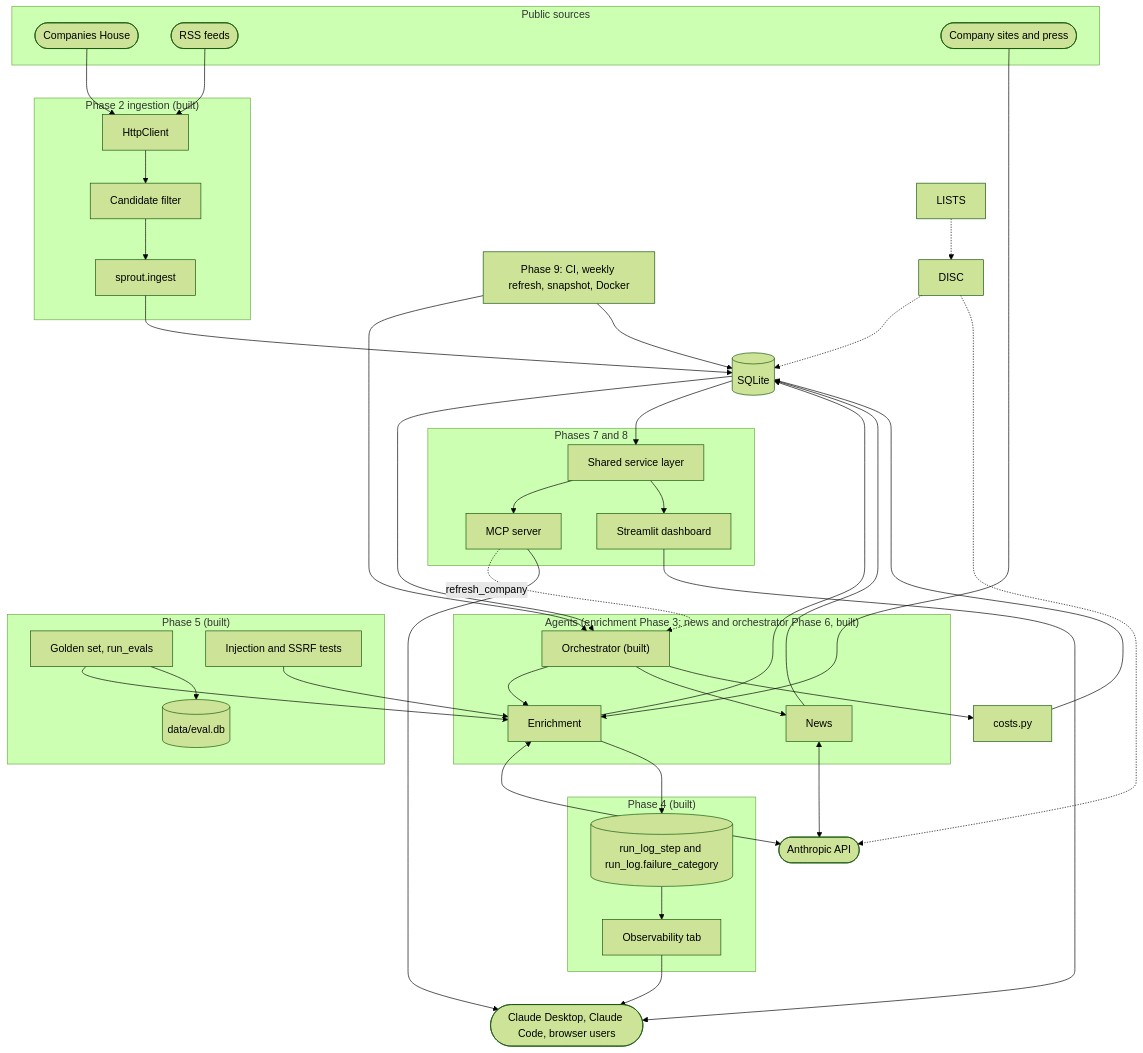
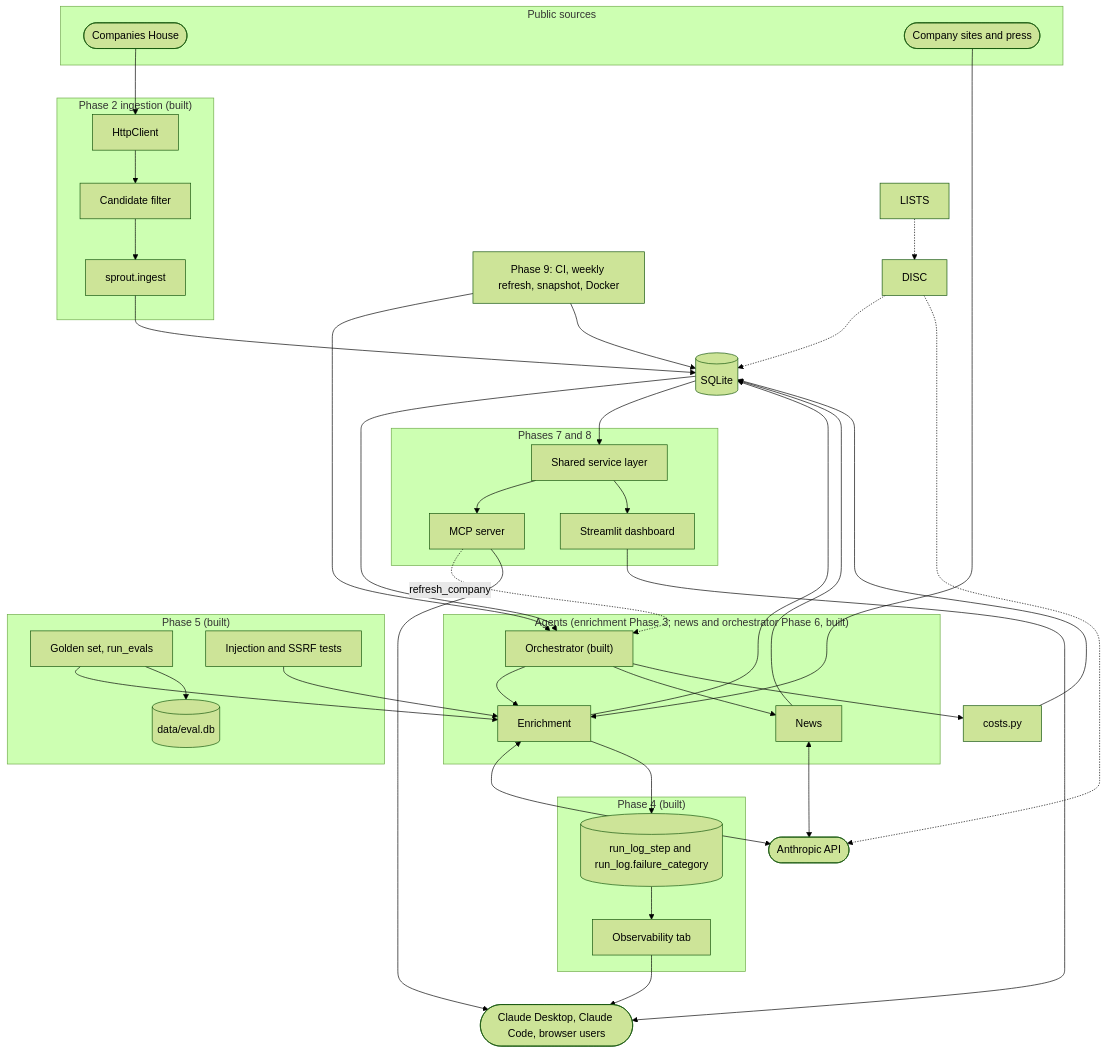
Before and after one commit to Farzaanee/sprout: the second of 2 diagrams in docs/architecture/1. overview.md, drawn with Mermaid (forest theme). The commit also changed other lines of this file and 39 other files, not shown here.

````diff
--- a/docs/architecture/1. overview.md
+++ b/docs/architecture/1. overview.md
@@ -94,69 +94,67 @@
 ```mermaid
 flowchart TB
     subgraph SOURCES["Public sources"]
         CH(["Companies House"])
-        RSSF(["RSS feeds"])
         SITES(["Company sites and press"])
     end
     subgraph ING["Phase 2 ingestion (built)"]
         HTTPL["HttpClient"]
         CAND["Candidate filter"]
         INGEST["sprout.ingest"]
     end
     SQL[("SQLite")]
     subgraph PIPE["Agents (enrichment Phase 3; news and orchestrator Phase 6, built)"]
         ORCH["Orchestrator (built)"]
         ENR["Enrichment"]
         NEWS["News"]
     end
     LLM(["Anthropic API"])
     COST["costs.py"]
     subgraph SERVE["Phases 7 and 8"]
         SVC["Shared service layer"]
         MCP["MCP server"]
         DASH["Streamlit dashboard"]
     end
     subgraph QA["Phase 5 (built)"]
         EVALS["Golden set, run_evals"]
         EDB[("data/eval.db")]
         GUARDS["Injection and SSRF tests"]
     end
     subgraph OBSG["Phase 4 (built)"]
         STEPS[("run_log_step and run_log.failure_category")]
         OBSUI["Observability tab"]
     end
     CLIENTS(["Claude Desktop, Claude Code, browser users"])
     AUTO["Phase 9: CI, weekly refresh, snapshot, Docker"]
     CH --> HTTPL
-    RSSF --> HTTPL
     HTTPL --> CAND
     CAND --> INGEST
     INGEST --> SQL
     SQL --> ORCH
     ORCH --> ENR
     ORCH --> NEWS
     DISC -.-> SQL
     LISTS -.-> DISC
     SITES --> ENR
     ENR <--> LLM
     NEWS <--> LLM
     DISC -.-> LLM
     ENR --> SQL
     NEWS --> SQL
     ORCH --> COST
     COST --> SQL
     SQL --> SVC
     SVC --> MCP
     SVC --> DASH
     MCP -. "refresh_company" .-> ORCH
     MCP --> CLIENTS
     DASH --> CLIENTS
     ENR --> STEPS
     STEPS --> OBSUI
     OBSUI --> CLIENTS
     EVALS --> ENR
     EVALS --> EDB
     GUARDS --> ENR
     AUTO --> ORCH
     AUTO --> SQL
 ```
````
